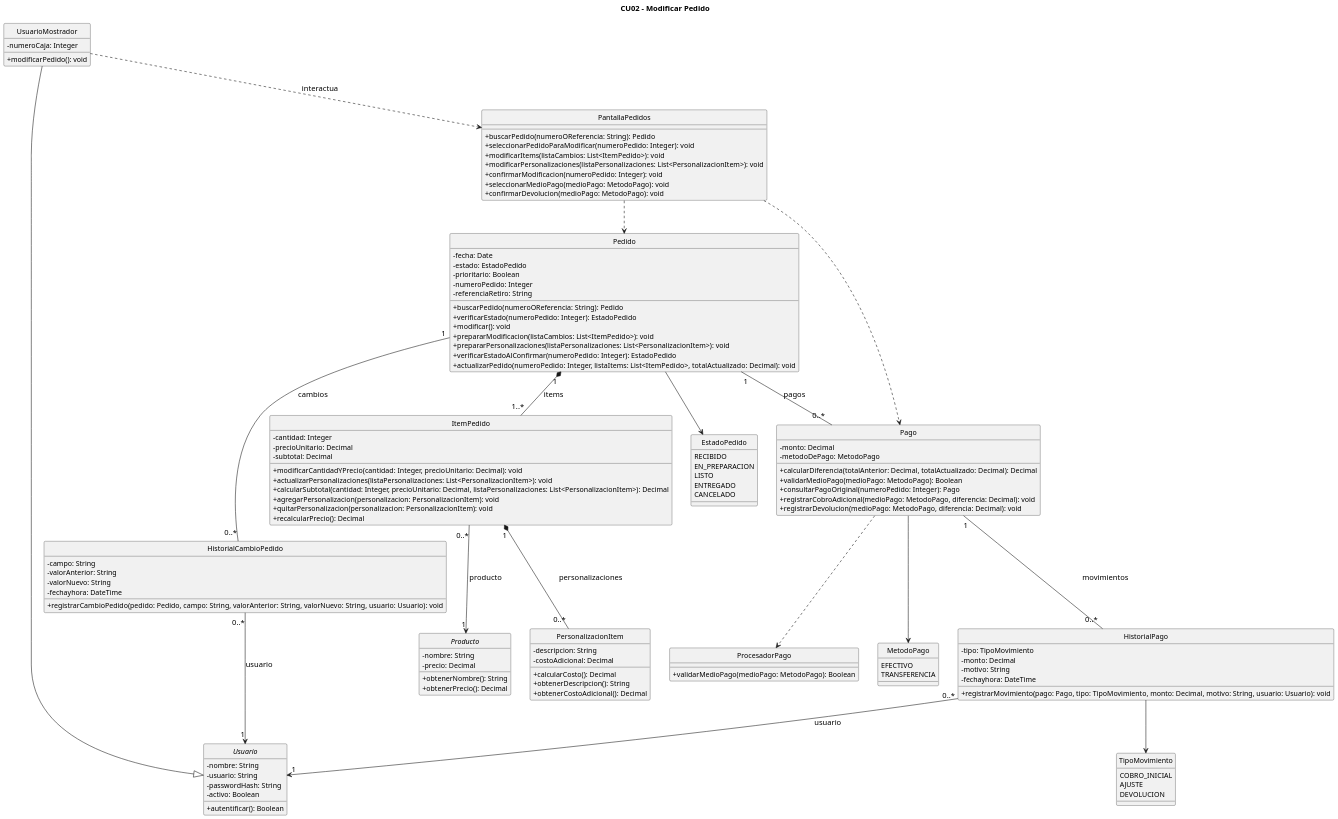
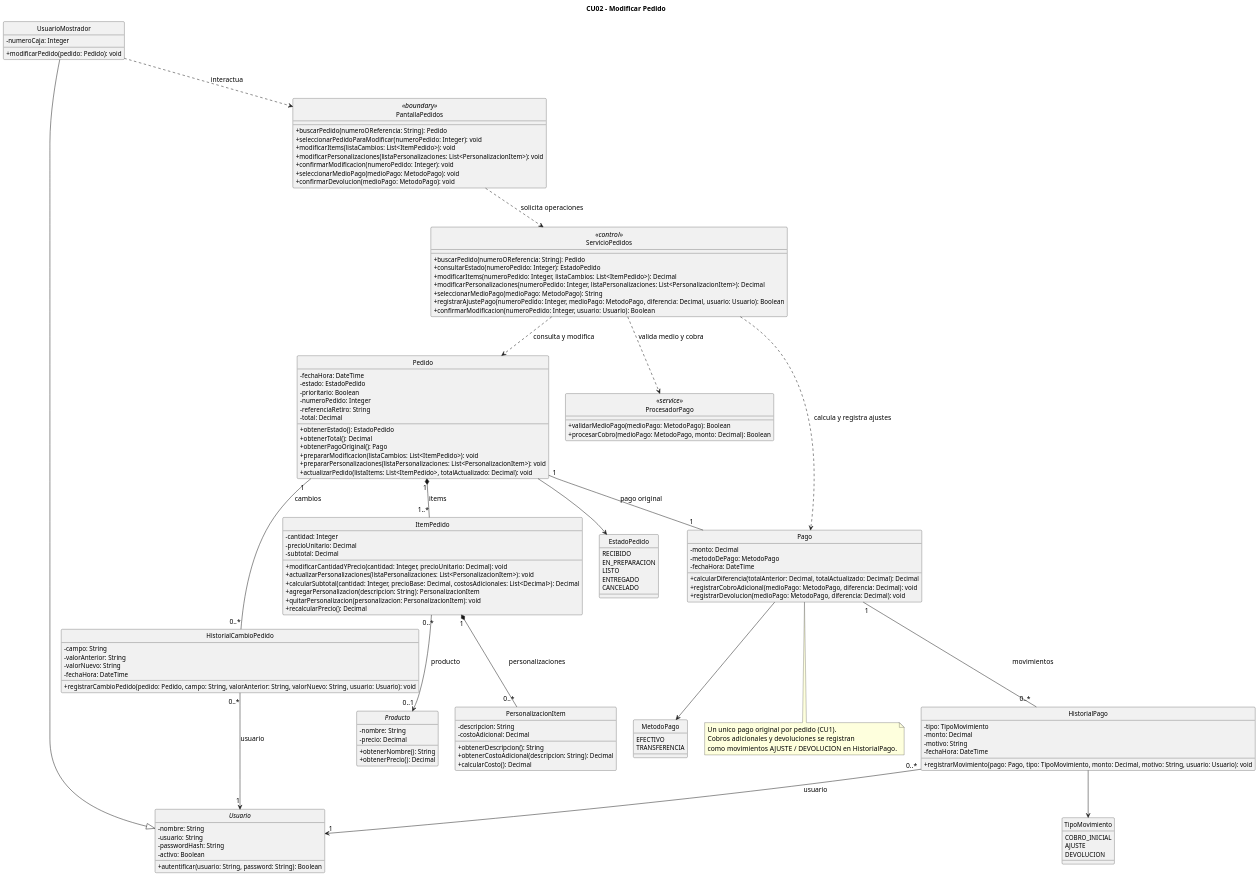
Before and after one commit to eloeyhe/SistemaPedidos: the diagram in diagramas/01-diagrama-clases/02-clases-modificar-pedido-02.puml, drawn with PlantUML. The commit also changed 38 other files, not shown here.

First line of the commit message:
fix: unifico contratos de CU1 a CU5 con el diagrama final y la política de pagos (RC25, RC26, RC27, RC28, RC29, RC30)

```diff
--- a/diagramas/01-diagrama-clases/02-clases-modificar-pedido-02.puml
+++ b/diagramas/01-diagrama-clases/02-clases-modificar-pedido-02.puml
@@ -1,154 +1,171 @@
 @startuml
-scale 0.9
+scale 0.8
 title CU02 - Modificar Pedido
 top to bottom direction
 hide circle
 skinparam classAttributeIconSize 0
 skinparam defaultFontSize 14
 skinparam classFontSize 15
 skinparam classAttributeFontSize 13
 skinparam dpi 160
 
 abstract class Usuario {
   -nombre: String
   -usuario: String
   -passwordHash: String
   -activo: Boolean
-  +autentificar(): Boolean
+  +autentificar(usuario: String, password: String): Boolean
 }
 
 class UsuarioMostrador {
   -numeroCaja: Integer
-  +modificarPedido(): void
+  +modificarPedido(pedido: Pedido): void
 }
 
-class PantallaPedidos {
+class PantallaPedidos <<boundary>> {
   +buscarPedido(numeroOReferencia: String): Pedido
   +seleccionarPedidoParaModificar(numeroPedido: Integer): void
   +modificarItems(listaCambios: List<ItemPedido>): void
   +modificarPersonalizaciones(listaPersonalizaciones: List<PersonalizacionItem>): void
   +confirmarModificacion(numeroPedido: Integer): void
   +seleccionarMedioPago(medioPago: MetodoPago): void
   +confirmarDevolucion(medioPago: MetodoPago): void
 }
 
+class ServicioPedidos <<control>> {
+  +buscarPedido(numeroOReferencia: String): Pedido
+  +consultarEstado(numeroPedido: Integer): EstadoPedido
+  +modificarItems(numeroPedido: Integer, listaCambios: List<ItemPedido>): Decimal
+  +modificarPersonalizaciones(numeroPedido: Integer, listaPersonalizaciones: List<PersonalizacionItem>): Decimal
+  +seleccionarMedioPago(medioPago: MetodoPago): String
+  +registrarAjustePago(numeroPedido: Integer, medioPago: MetodoPago, diferencia: Decimal, usuario: Usuario): Boolean
+  +confirmarModificacion(numeroPedido: Integer, usuario: Usuario): Boolean
+}
+
 class Pedido {
-  -fecha: Date
+  -fechaHora: DateTime
   -estado: EstadoPedido
   -prioritario: Boolean
   -numeroPedido: Integer
   -referenciaRetiro: String
-  +buscarPedido(numeroOReferencia: String): Pedido
-  +verificarEstado(numeroPedido: Integer): EstadoPedido
-  +modificar(): void
+  -total: Decimal
+  +obtenerEstado(): EstadoPedido
+  +obtenerTotal(): Decimal
+  +obtenerPagoOriginal(): Pago
   +prepararModificacion(listaCambios: List<ItemPedido>): void
   +prepararPersonalizaciones(listaPersonalizaciones: List<PersonalizacionItem>): void
-  +verificarEstadoAlConfirmar(numeroPedido: Integer): EstadoPedido
-  +actualizarPedido(numeroPedido: Integer, listaItems: List<ItemPedido>, totalActualizado: Decimal): void
+  +actualizarPedido(listaItems: List<ItemPedido>, totalActualizado: Decimal): void
 }
 
 class ItemPedido {
   -cantidad: Integer
   -precioUnitario: Decimal
   -subtotal: Decimal
   +modificarCantidadYPrecio(cantidad: Integer, precioUnitario: Decimal): void
   +actualizarPersonalizaciones(listaPersonalizaciones: List<PersonalizacionItem>): void
-  +calcularSubtotal(cantidad: Integer, precioUnitario: Decimal, listaPersonalizaciones: List<PersonalizacionItem>): Decimal
-  +agregarPersonalizacion(personalizacion: PersonalizacionItem): void
+  +calcularSubtotal(cantidad: Integer, precioBase: Decimal, costosAdicionales: List<Decimal>): Decimal
+  +agregarPersonalizacion(descripcion: String): PersonalizacionItem
   +quitarPersonalizacion(personalizacion: PersonalizacionItem): void
   +recalcularPrecio(): Decimal
 }
 
 abstract class Producto {
   -nombre: String
   -precio: Decimal
   +obtenerNombre(): String
   +obtenerPrecio(): Decimal
 }
 
 class PersonalizacionItem {
   -descripcion: String
   -costoAdicional: Decimal
+  +obtenerDescripcion(): String
+  +obtenerCostoAdicional(descripcion: String): Decimal
   +calcularCosto(): Decimal
-  +obtenerDescripcion(): String
-  +obtenerCostoAdicional(): Decimal
 }
 
 class Pago {
   -monto: Decimal
   -metodoDePago: MetodoPago
+  -fechaHora: DateTime
   +calcularDiferencia(totalAnterior: Decimal, totalActualizado: Decimal): Decimal
-  +validarMedioPago(medioPago: MetodoPago): Boolean
-  +consultarPagoOriginal(numeroPedido: Integer): Pago
   +registrarCobroAdicional(medioPago: MetodoPago, diferencia: Decimal): void
   +registrarDevolucion(medioPago: MetodoPago, diferencia: Decimal): void
 }
 
-class ProcesadorPago {
+class ProcesadorPago <<service>> {
   +validarMedioPago(medioPago: MetodoPago): Boolean
+  +procesarCobro(medioPago: MetodoPago, monto: Decimal): Boolean
 }
 
 class HistorialPago {
   -tipo: TipoMovimiento
   -monto: Decimal
   -motivo: String
-  -fechayhora: DateTime
+  -fechaHora: DateTime
   +registrarMovimiento(pago: Pago, tipo: TipoMovimiento, monto: Decimal, motivo: String, usuario: Usuario): void
 }
 
 class HistorialCambioPedido {
   -campo: String
   -valorAnterior: String
   -valorNuevo: String
-  -fechayhora: DateTime
+  -fechaHora: DateTime
   +registrarCambioPedido(pedido: Pedido, campo: String, valorAnterior: String, valorNuevo: String, usuario: Usuario): void
-  }
+}
 
 enum EstadoPedido {
   RECIBIDO
   EN_PREPARACION
   LISTO
   ENTREGADO
   CANCELADO
 }
 
 enum MetodoPago {
   EFECTIVO
   TRANSFERENCIA
 }
 
 enum TipoMovimiento {
   COBRO_INICIAL
   AJUSTE
   DEVOLUCION
 }
 
 ' Herencia
 UsuarioMostrador --|> Usuario
 
 ' Dependencias
 UsuarioMostrador ..> PantallaPedidos : interactua
-PantallaPedidos ..> Pedido
-PantallaPedidos ..> Pago
-Pago ..> ProcesadorPago
+PantallaPedidos ..> ServicioPedidos : solicita operaciones
+ServicioPedidos ..> Pedido : consulta y modifica
+ServicioPedidos ..> Pago : calcula y registra ajustes
+ServicioPedidos ..> ProcesadorPago : valida medio y cobra
 
 ' Composiciones
 Pedido "1" *-- "1..*" ItemPedido : items
 ItemPedido "1" *-- "0..*" PersonalizacionItem : personalizaciones
 
 ' Asociaciones
-ItemPedido "0..*" --> "1" Producto : producto
-Pedido "1" -- "0..*" Pago : pagos
+ItemPedido "0..*" --> "0..1" Producto : producto
+Pedido "1" -- "1" Pago : pago original
 Pago "1" -- "0..*" HistorialPago : movimientos
 Pedido "1" -- "0..*" HistorialCambioPedido : cambios
 
 ' Asociaciones con Usuario
 HistorialPago "0..*" --> "1" Usuario : usuario
 HistorialCambioPedido "0..*" --> "1" Usuario : usuario
 
 ' Enumeraciones
 Pedido --> EstadoPedido
 Pago --> MetodoPago
 HistorialPago --> TipoMovimiento
 
+note bottom of Pago
+  Un unico pago original por pedido (CU1).
+  Cobros adicionales y devoluciones se registran
+  como movimientos AJUSTE / DEVOLUCION en HistorialPago.
+end note
+
 @enduml
```
